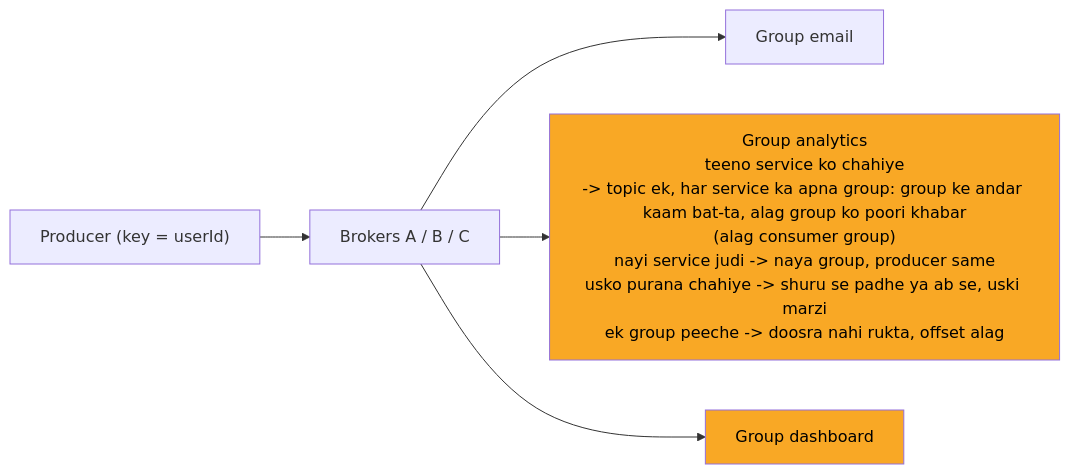
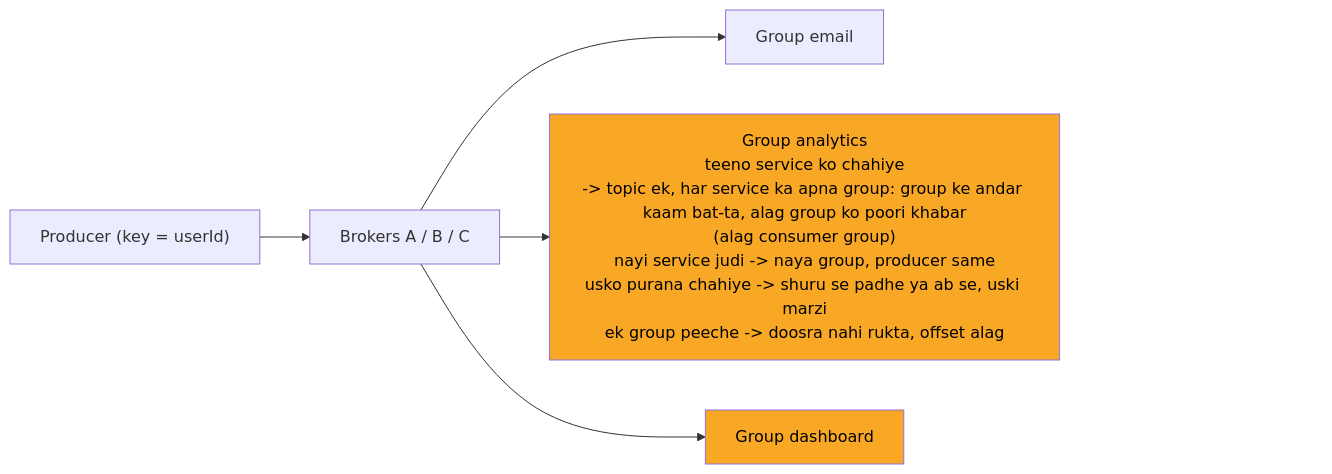
One commit to ArpanMaheshwari144/Prep changed the sixth of 12 diagrams in 04_HLD/SYSTEM_DESIGNS/12_message_queue_kafka/12_message_queue_kafka.md. Above: the diagram before and after it, drawn with Mermaid. The commit also changed other lines of this file and 13 other files, not shown here.

Commit message:
hld 14 file: har diagram ke daayein andekha dabba, zoom button asli dabbe pe na aaye

````diff
--- a/04_HLD/SYSTEM_DESIGNS/12_message_queue_kafka/12_message_queue_kafka.md
+++ b/04_HLD/SYSTEM_DESIGNS/12_message_queue_kafka/12_message_queue_kafka.md
@@ -211,15 +226,18 @@
 ```mermaid
 %%{init: {"flowchart": {"wrappingWidth": 450}}}%%
 flowchart LR
     n_P["Producer (key = userId)"]
     n_B["Brokers A / B / C"]
     n_GE["Group email"]
     n_GA["Group analytics<br/>teeno service ko chahiye<br/>-> topic ek, har service ka apna group: group ke andar kaam bat-ta, alag group ko poori khabar<br/>(alag consumer group)<br/>nayi service judi -> naya group, producer same<br/>usko purana chahiye -> shuru se padhe ya ab se, uski marzi<br/>ek group peeche -> doosra nahi rukta, offset alag"]
     n_GD["Group dashboard"]
     n_P --> n_B
     n_B --> n_GE
     n_B --> n_GA
     n_B --> n_GD
+    n_pad["xxxxxxxxxxxxxxxx"]
+    n_GD ~~~ n_pad
     style n_GA fill:#f9a825,color:#000
     style n_GD fill:#f9a825,color:#000
+    style n_pad fill:none,stroke:none,color:#ffffff00
 ```
````
